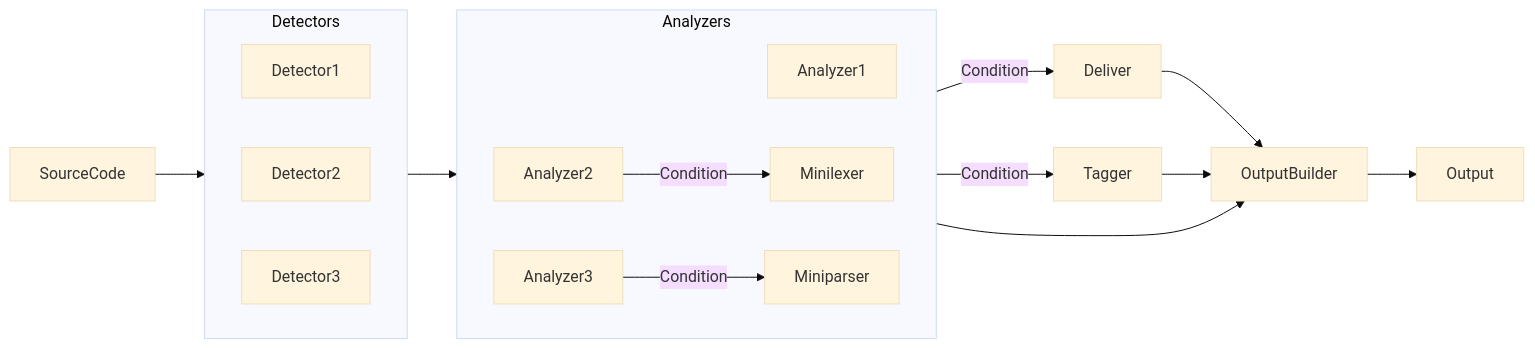
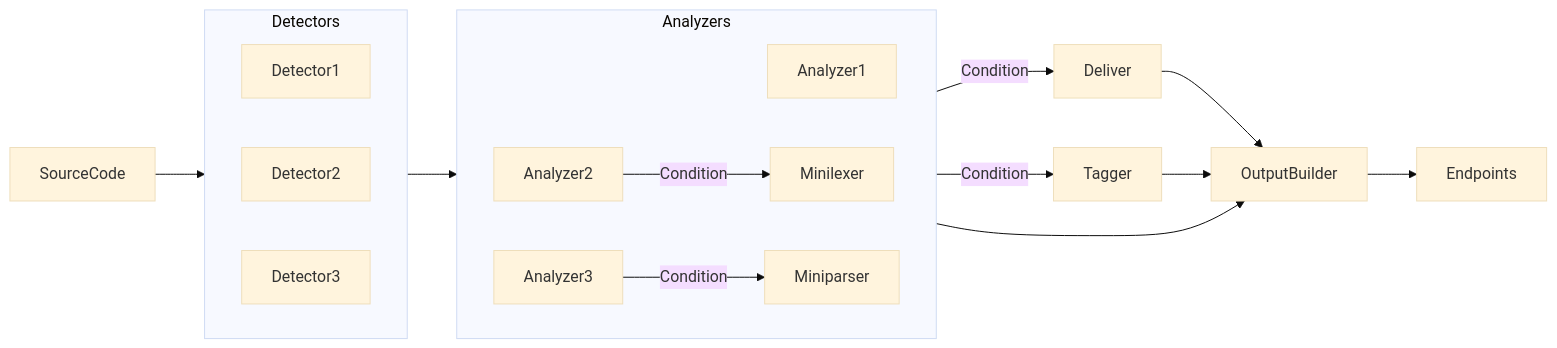
One commit to owasp-noir/noir changed the diagram in docs/introdution.md. Above: the diagram before and after it, drawn with Mermaid (base theme).

Commit message:
chore: Update OutputBuilder to Endpoints in introduction.md

````diff
--- a/docs/introdution.md
+++ b/docs/introdution.md
@@ -15,26 +15,26 @@
 ```mermaid
 flowchart LR
     SourceCode --> Detectors
 
     subgraph Detectors
         direction LR
         Detector1 & Detector2 & Detector3
     end
 
     Detectors --> Analyzers
 
     subgraph Analyzers
         direction LR
         Analyzer1 & Analyzer2 & Analyzer3
         Analyzer2 --> |Condition| Minilexer
         Analyzer3 --> |Condition| Miniparser
     end
 
     Analyzers --> |Condition| Deliver
     Analyzers --> |Condition| Tagger
     Deliver --> OutputBuilder
     Tagger --> OutputBuilder
     Analyzers --> OutputBuilder
-    OutputBuilder --> Output
+    OutputBuilder --> Endpoints
 
 ```
````
